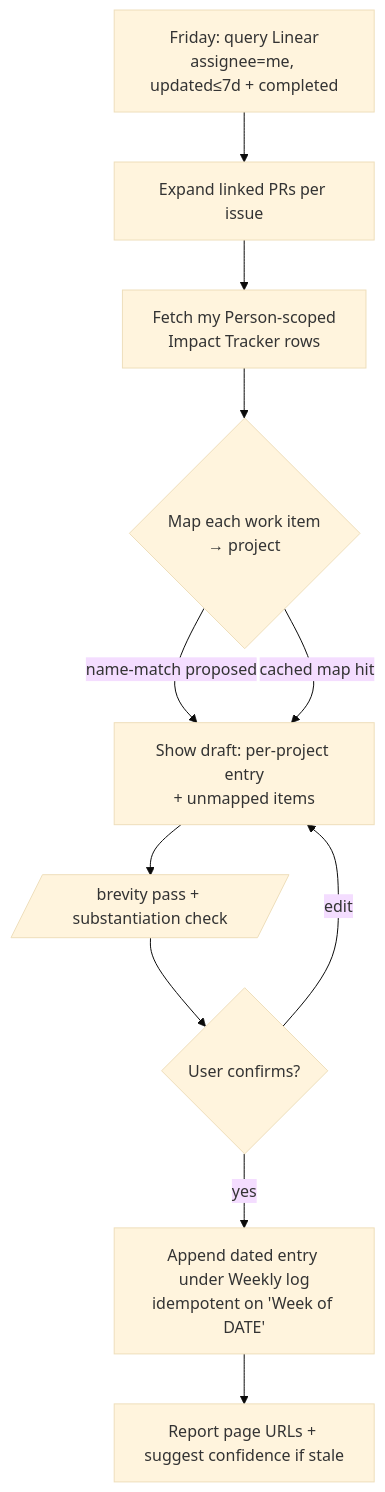
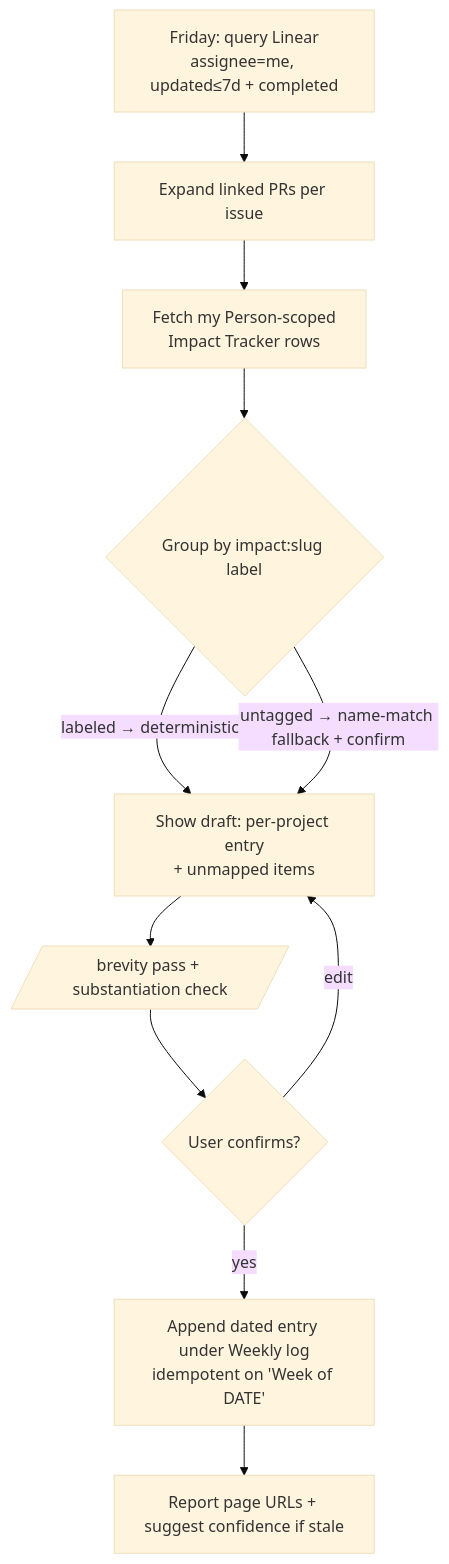
One commit to sei-protocol/sei-internal-skills changed the diagram in docs/designs/impact-hub-pm-skill-suite.md. Above: the diagram before and after it, drawn with Mermaid (base theme). The commit also changed other lines of this file, not shown here.

First line of the commit message:
design(impact-hub): add work-decoration convention (Linear label per bet)

````diff
--- a/docs/designs/impact-hub-pm-skill-suite.md
+++ b/docs/designs/impact-hub-pm-skill-suite.md
@@ -39,14 +39,14 @@
 ```mermaid
 flowchart TD
     A[Friday: query Linear<br/>assignee=me, updated≤7d + completed] --> B[Expand linked PRs per issue]
     B --> C[Fetch my Person-scoped<br/>Impact Tracker rows]
-    C --> D{Map each work item<br/>→ project}
-    D -->|name-match proposed| E[Show draft: per-project entry<br/>+ unmapped items]
-    D -->|cached map hit| E
+    C --> D{Group by impact:slug label}
+    D -->|labeled → deterministic| E[Show draft: per-project entry<br/>+ unmapped items]
+    D -->|untagged → name-match fallback + confirm| E
     E --> F[/brevity pass + substantiation check/]
     F --> G{User confirms?}
     G -->|yes| H[Append dated entry under Weekly log<br/>idempotent on 'Week of DATE']
     G -->|edit| E
     H --> I[Report page URLs + suggest confidence if stale]
     %% verify this matches your intent
 ```
````
